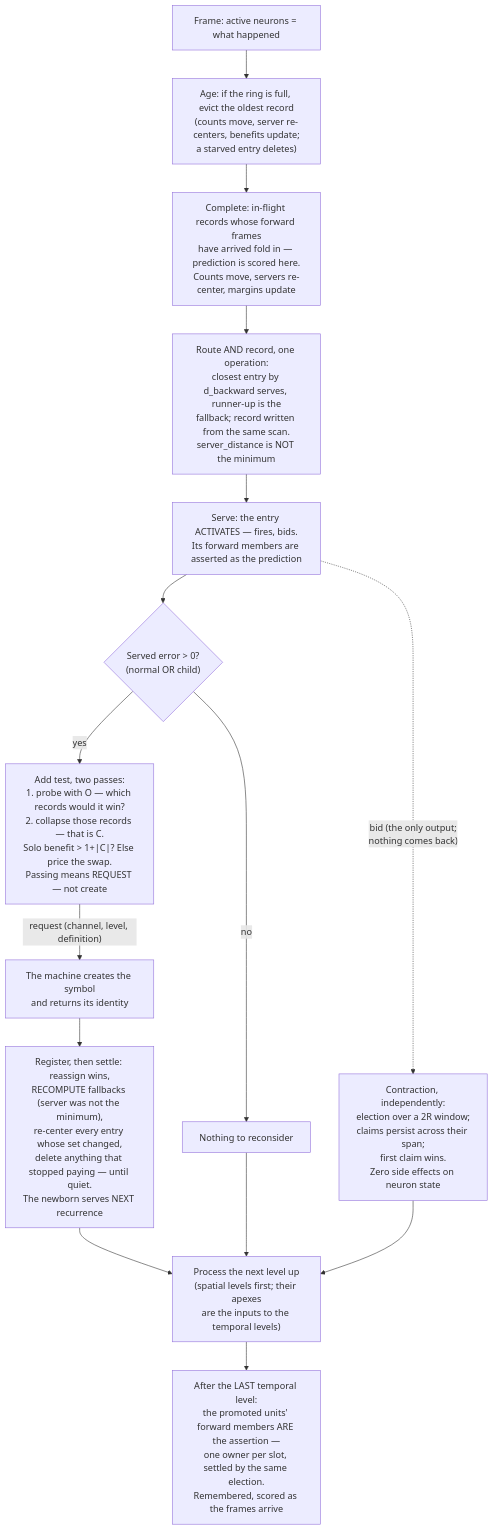
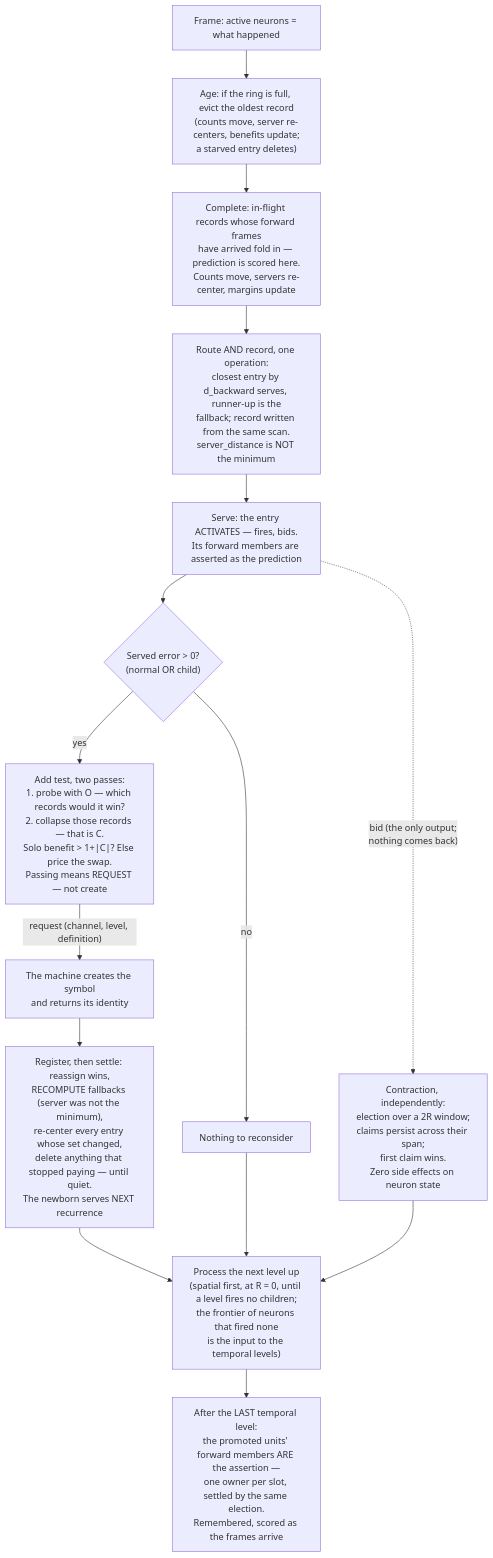
Before and after one commit to cucar/robot_brain: the diagram in docs/algorithm.md, drawn with Mermaid. The commit also changed other lines of this file, not shown here.

Commit message:
explain spatial apex

````diff
--- a/docs/algorithm.md
+++ b/docs/algorithm.md
@@ -773,17 +800,17 @@
 ```mermaid
 flowchart TD
     A["Frame: active neurons = what happened"] --> B["Age: if the ring is full, evict the oldest record<br/>(counts move, server re-centers, benefits update;<br/>a starved entry deletes)"]
     B --> C["Complete: in-flight records whose forward frames<br/>have arrived fold in — prediction is scored here.<br/>Counts move, servers re-center, margins update"]
     C --> D["Route AND record, one operation:<br/>closest entry by d_backward serves, runner-up is the<br/>fallback; record written from the same scan.<br/>server_distance is NOT the minimum"]
     D --> E["Serve: the entry ACTIVATES — fires, bids.<br/>Its forward members are asserted as the prediction"]
     E -.->|"bid (the only output;<br/>nothing comes back)"| X["Contraction, independently:<br/>election over a 2R window;<br/>claims persist across their span;<br/>first claim wins.<br/>Zero side effects on neuron state"]
     E --> L{"Served error > 0?<br/>(normal OR child)"}
     L -->|yes| M["Add test, two passes:<br/>1. probe with O — which records would it win?<br/>2. collapse those records — that is C.<br/>Solo benefit > 1+|C|? Else price the swap.<br/>Passing means REQUEST — not create"]
     M -->|"request (channel, level, definition)"| P["The machine creates the symbol<br/>and returns its identity"]
     P --> Q["Register, then settle: reassign wins,<br/>RECOMPUTE fallbacks (server was not the minimum),<br/>re-center every entry whose set changed,<br/>delete anything that stopped paying — until quiet.<br/>The newborn serves NEXT recurrence"]
     L -->|no| N["Nothing to reconsider"]
-    Q --> O["Process the next level up<br/>(spatial levels first; their apexes<br/>are the inputs to the temporal levels)"]
+    Q --> O["Process the next level up<br/>(spatial first, at R = 0, until a level fires no children;<br/>the frontier of neurons that fired none<br/>is the input to the temporal levels)"]
     N --> O
     X --> O
     O --> Y["After the LAST temporal level:<br/>the promoted units' forward members ARE the assertion —<br/>one owner per slot, settled by the same election.<br/>Remembered, scored as the frames arrive"]
 ```
````
